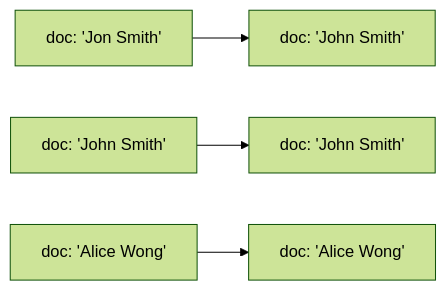
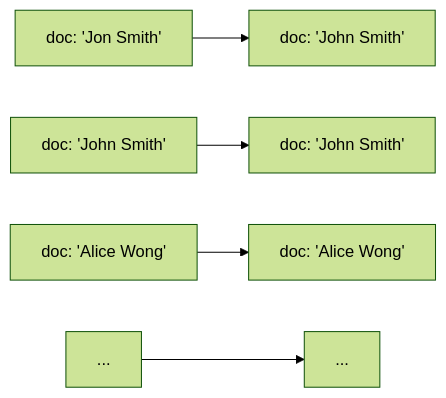
Before and after one commit to ucbepic/docetl: the diagram in docs/operators/resolve.md, drawn with Mermaid (forest theme). The commit also changed 8 other files, not shown here.

First line of the commit message:
Operator diagrams: center, add continuation rows

````diff
--- a/docs/operators/resolve.md
+++ b/docs/operators/resolve.md
@@ -5,6 +5,7 @@
 ```mermaid
 flowchart LR
     a["doc: 'Jon Smith'"] --> a2["doc: 'John Smith'"]
     b["doc: 'John Smith'"] --> b2["doc: 'John Smith'"]
     c["doc: 'Alice Wong'"] --> c2["doc: 'Alice Wong'"]
+    d["..."] --> d2["..."]
 ```
````
